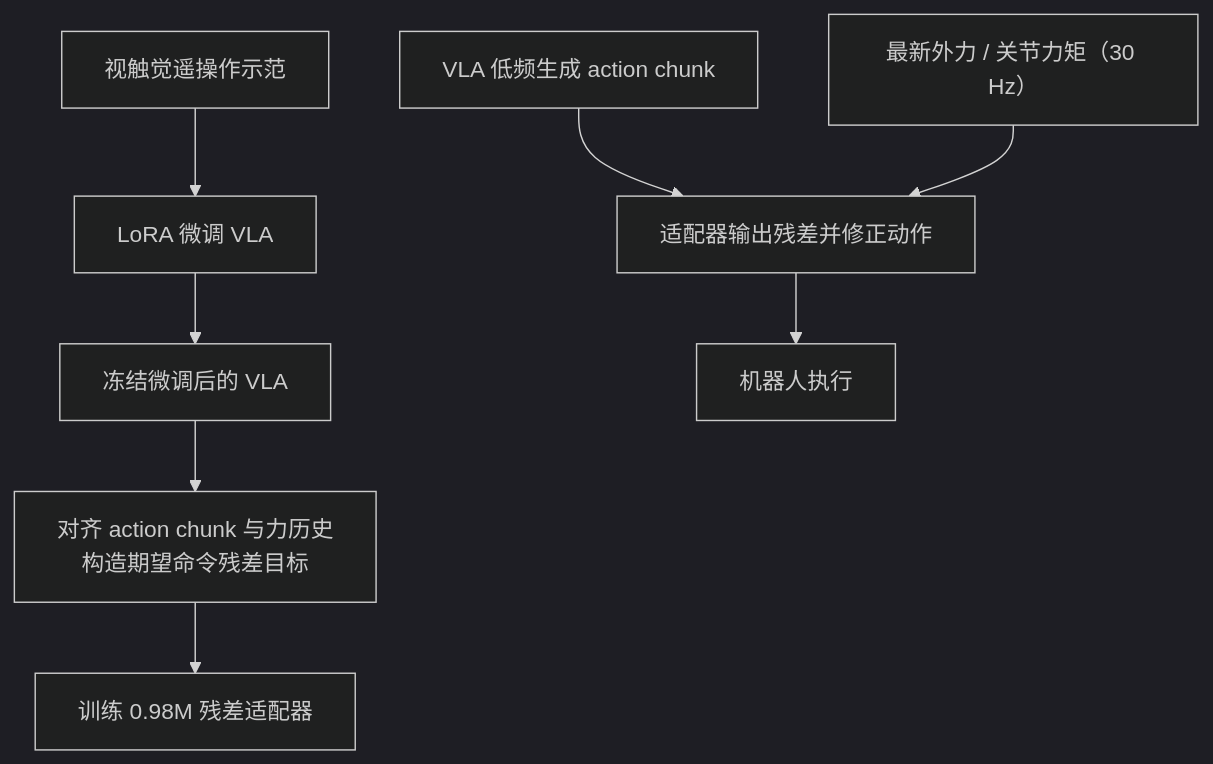
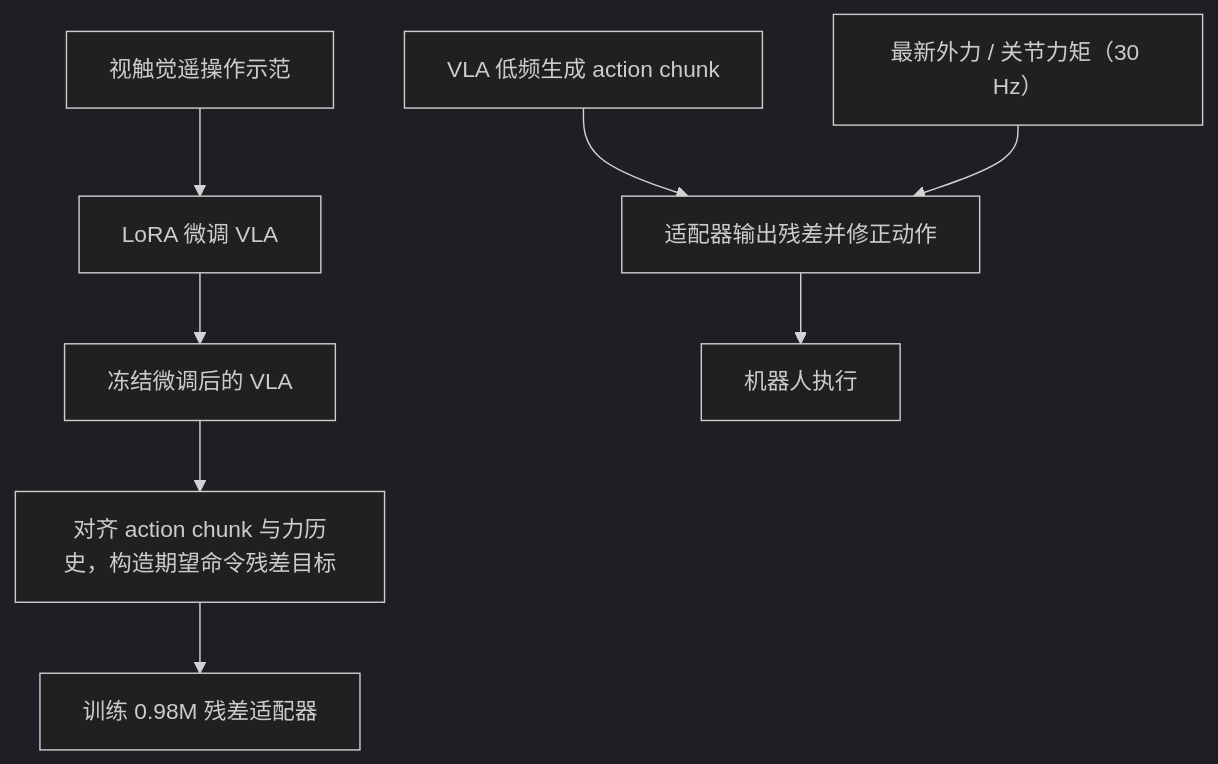
One commit to ImChong/Robotics_Notebooks changed the diagram in wiki/entities/paper-vt-bridge.md. Above: the diagram before and after it, drawn with Mermaid (dark theme). The commit also changed other lines of this file, not shown here.

Commit message:
[2026-10-16] ingest | 修正 VT-Bridge 页设备与图表标签

````diff
--- a/wiki/entities/paper-vt-bridge.md
+++ b/wiki/entities/paper-vt-bridge.md
@@ -70,16 +70,16 @@
 ```mermaid
 flowchart TB
   demos["视触觉遥操作示范"]
   finetune["LoRA 微调 VLA"]
   freeze["冻结微调后的 VLA"]
-  targets["对齐 action chunk 与力历史<br/>构造期望命令残差目标"]
+  targets["对齐 action chunk 与力历史，构造期望命令残差目标"]
   adapter["训练 0.98M 残差适配器"]
   chunk["VLA 低频生成 action chunk"]
   feedback["最新外力 / 关节力矩（30 Hz）"]
   correct["适配器输出残差并修正动作"]
   execute["机器人执行"]
 
   demos --> finetune --> freeze --> targets --> adapter
   chunk --> correct --> execute
   feedback --> correct
 ```
````
